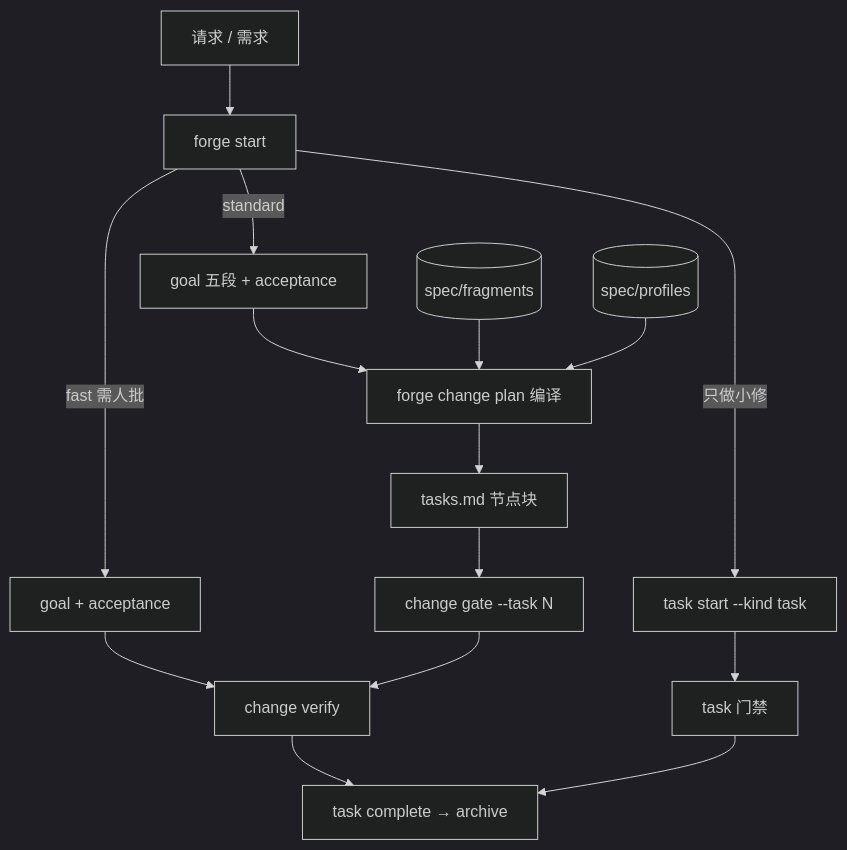
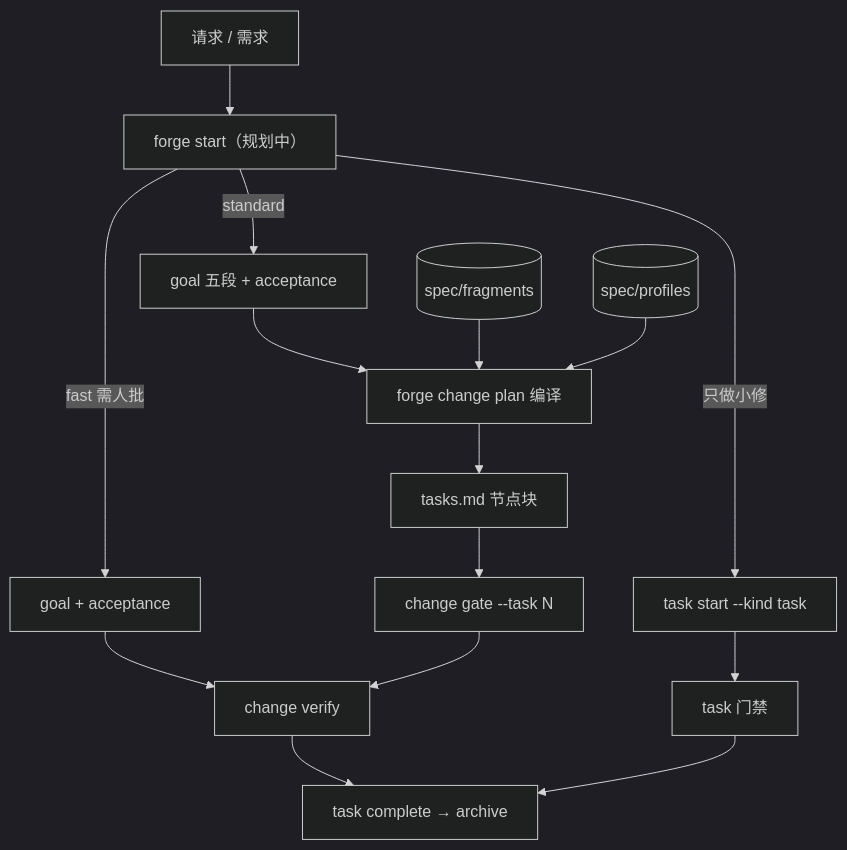
The diagram in docs/design/loopspec-alignment-roadmap.md (MjxUpUp/Forge), drawn with Mermaid (dark theme) before and after one commit. The commit also changed other lines of this file and 21 other files, not shown here.

````diff
--- a/docs/design/loopspec-alignment-roadmap.md
+++ b/docs/design/loopspec-alignment-roadmap.md
@@ -100,17 +100,17 @@
 ```mermaid
 flowchart TD
-  U[请求 / 需求] --> S[forge start]
+  U[请求 / 需求] --> S[forge start（规划中）]
   S -->|只做小修| T[task start --kind task]
   S -->|fast 需人批| F[goal + acceptance]
   S -->|standard| C[goal 五段 + acceptance]
   T --> G[task 门禁]
   F --> V[change verify]
   C --> P[forge change plan 编译]
   FR[(spec/fragments)] --> P
   PR[(spec/profiles)] --> P
   P --> K[tasks.md 节点块]
   K --> G2[change gate --task N]
   G2 --> V
   V --> CP[task complete → archive]
   G --> CP
 ```
````
